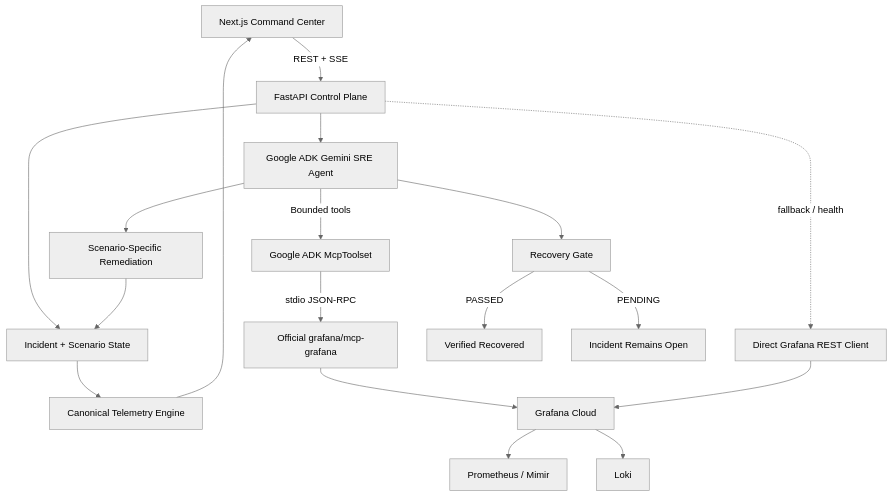
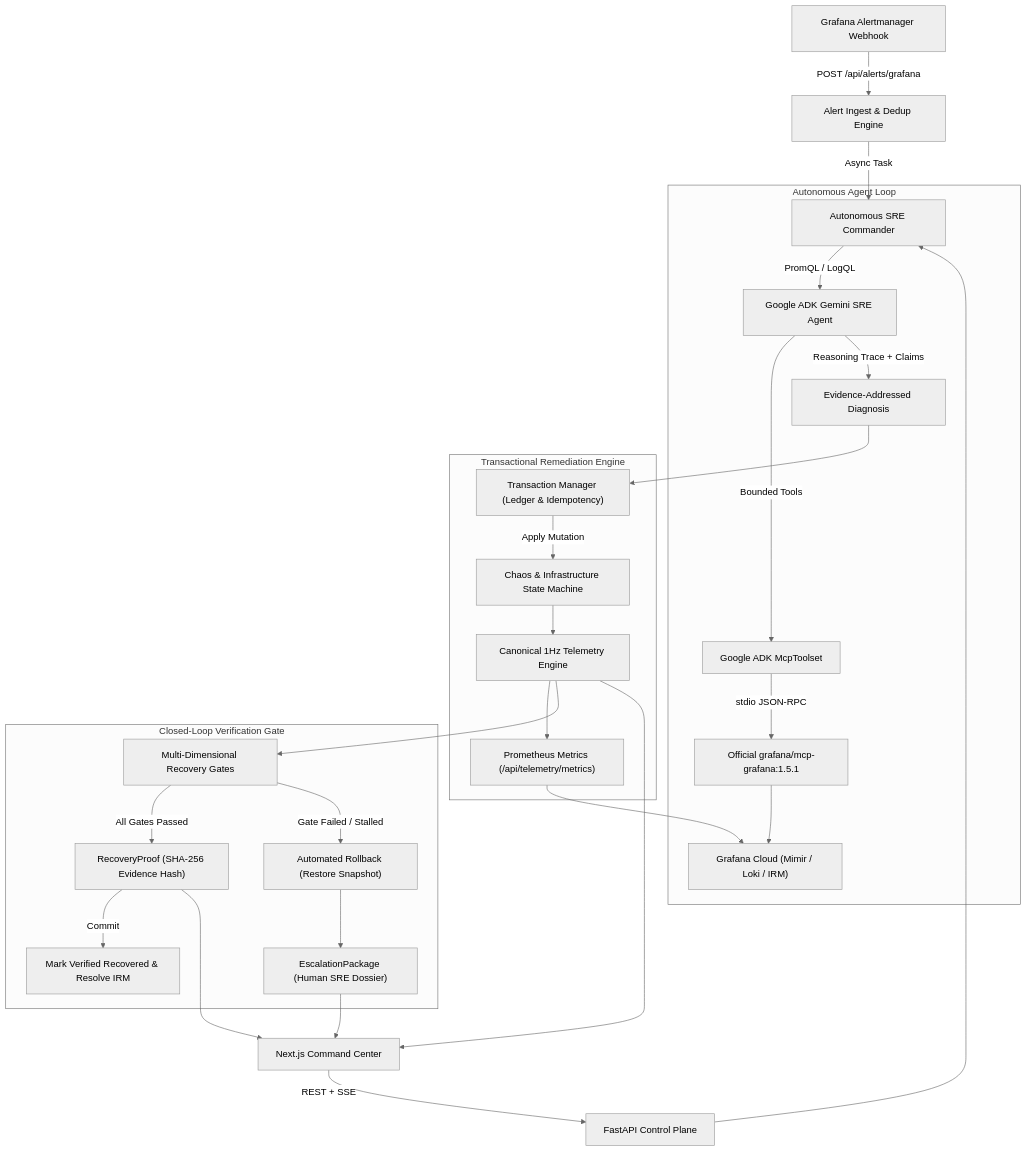
One commit to bobybarack/continuity-sre changed the diagram in README.md. Above: the diagram before and after it, drawn with Mermaid (neutral theme). The commit also changed other lines of this file, not shown here.

Commit message:
docs(readme): document transactional closed-loop SRE architecture

````diff
--- a/README.md
+++ b/README.md
@@ -78,34 +48,35 @@
 ```mermaid
 flowchart TD
-    UI["Next.js Command Center"]
-    API["FastAPI Control Plane"]
-    STATE["Incident + Scenario State"]
-    TELEMETRY["Canonical Telemetry Engine"]
-    ADK_AGENT["Google ADK Gemini SRE Agent"]
-    MCP_TOOLSET["Google ADK McpToolset"]
-    MCP["Official grafana/mcp-grafana"]
-    REST["Direct Grafana REST Client"]
-    GRAFANA["Grafana Cloud"]
-    PROM["Prometheus / Mimir"]
-    LOKI["Loki"]
-    ACTION["Scenario-Specific Remediation"]
-    VERIFY["Recovery Gate"]
+    WEBHOOK["Grafana Alertmanager Webhook"] -->|"POST /api/alerts/grafana"| ALERTS["Alert Ingest & Dedup Engine"]
+    UI["Next.js Command Center"] -->|"REST + SSE"| API["FastAPI Control Plane"]
+    ALERTS -->|"Async Task"| COMMANDER["Autonomous SRE Commander"]
+    API --> COMMANDER
 
-    UI -->|"REST + SSE"| API
-    API --> STATE
-    STATE --> TELEMETRY
+    subgraph Autonomous Agent Loop
+        COMMANDER -->|"PromQL / LogQL"| ADK_AGENT["Google ADK Gemini SRE Agent"]
+        ADK_AGENT -->|"Bounded Tools"| MCP_TOOLSET["Google ADK McpToolset"]
+        MCP_TOOLSET -->|"stdio JSON-RPC"| MCP_BIN["Official grafana/mcp-grafana:1.5.1"]
+        MCP_BIN --> GRAFANA_CLOUD["Grafana Cloud (Mimir / Loki / IRM)"]
+        ADK_AGENT -->|"Reasoning Trace + Claims"| DIAGNOSIS["Evidence-Addressed Diagnosis"]
+    end
+
+    subgraph Transactional Remediation Engine
+        DIAGNOSIS --> TX_MGR["Transaction Manager (Ledger & Idempotency)"]
+        TX_MGR -->|"Apply Mutation"| CHAOS["Chaos & Infrastructure State Machine"]
+        CHAOS --> TELEMETRY["Canonical 1Hz Telemetry Engine"]
+        TELEMETRY --> PROM_METRICS["Prometheus Metrics (/api/telemetry/metrics)"]
+    end
+
+    subgraph Closed-Loop Verification Gate
+        TELEMETRY --> GATES["Multi-Dimensional Recovery Gates"]
+        GATES -->|"All Gates Passed"| PROOF["RecoveryProof (SHA-256 Evidence Hash)"]
+        PROOF -->|"Commit"| COMMITTED["Mark Verified Recovered & Resolve IRM"]
+        GATES -->|"Gate Failed / Stalled"| ROLLBACK["Automated Rollback (Restore Snapshot)"]
+        ROLLBACK --> ESCALATION["EscalationPackage (Human SRE Dossier)"]
+    end
+
+    PROM_METRICS --> GRAFANA_CLOUD
     TELEMETRY --> UI
-    API --> ADK_AGENT
-    ADK_AGENT -->|"Bounded tools"| MCP_TOOLSET
-    MCP_TOOLSET -->|"stdio JSON-RPC"| MCP
-    MCP --> GRAFANA
-    API -. "fallback / health" .-> REST
-    REST --> GRAFANA
-    GRAFANA --> PROM
-    GRAFANA --> LOKI
-    ADK_AGENT --> ACTION
-    ADK_AGENT --> VERIFY
-    ACTION --> STATE
-    VERIFY -->|"PASSED"| RECOVERED["Verified Recovered"]
-    VERIFY -->|"PENDING"| OPEN["Incident Remains Open"]
+    PROOF --> UI
+    ESCALATION --> UI
 ```
````
